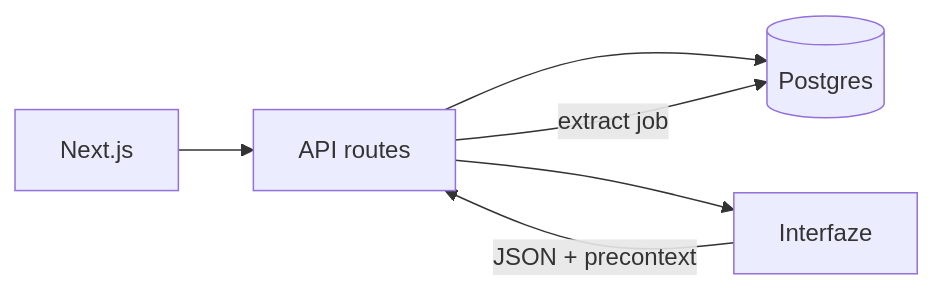
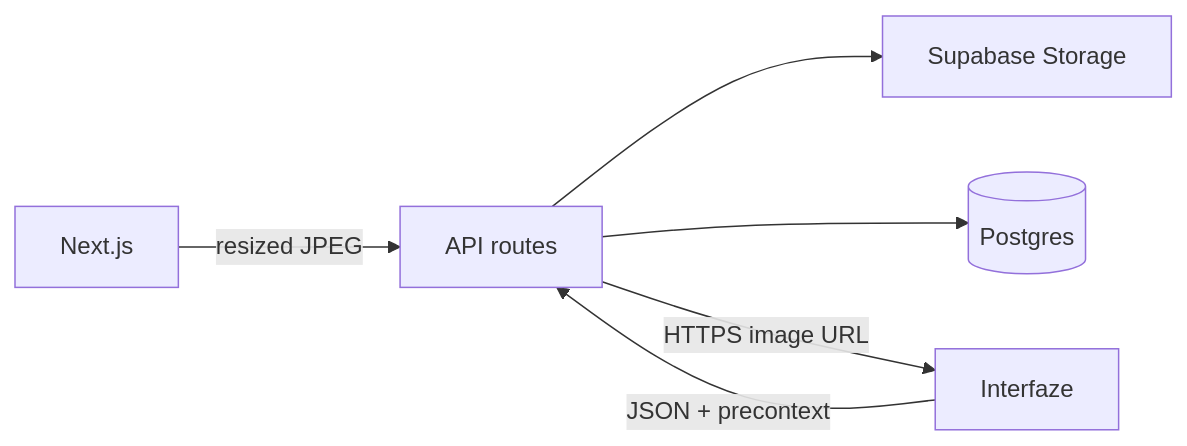
The diagram in docs/architecture.md (Anshgrover23/vouch), drawn with Mermaid before and after one commit. The commit also changed other lines of this file and 2 other files, not shown here.

First line of the commit message:
Document Supabase Storage and the live OCR path.

````diff
--- a/docs/architecture.md
+++ b/docs/architecture.md
@@ -7,13 +7,14 @@
 ```mermaid
 flowchart LR
   Browser[Next.js]
   Api[API routes]
   Pg[(Postgres)]
+  Store[Supabase Storage]
   Iface[Interfaze]
 
-  Browser --> Api
+  Browser -->|"resized JPEG"| Api
+  Api --> Store
   Api --> Pg
-  Api -->|"extract job"| Pg
-  Api --> Iface
+  Api -->|"HTTPS image URL"| Iface
   Iface -->|"JSON + precontext"| Api
 ```
````
